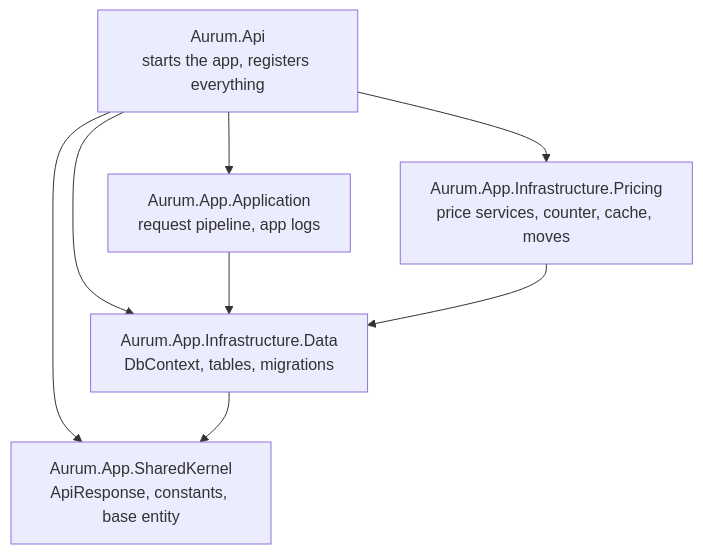
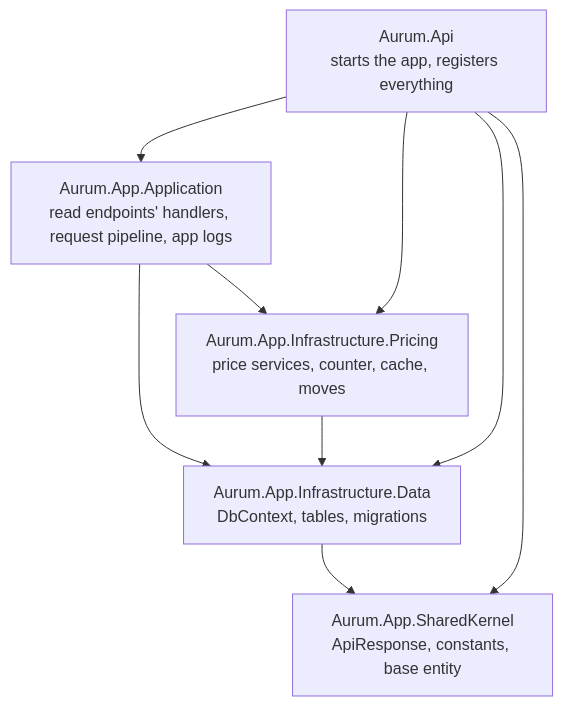
Before and after one commit to avolel/aurum: the second of 4 diagrams in docs/code-overview.md, drawn with Mermaid. The commit also changed other lines of this file and 9 other files, not shown here.

````diff
--- a/docs/code-overview.md
+++ b/docs/code-overview.md
@@ -123,16 +123,17 @@
 ```mermaid
 flowchart TD
     Api[Aurum.Api<br/>starts the app, registers everything]
-    App[Aurum.App.Application<br/>request pipeline, app logs]
+    App[Aurum.App.Application<br/>read endpoints' handlers, request pipeline, app logs]
     Pricing[Aurum.App.Infrastructure.Pricing<br/>price services, counter, cache, moves]
     Data[Aurum.App.Infrastructure.Data<br/>DbContext, tables, migrations]
     Kernel[Aurum.App.SharedKernel<br/>ApiResponse, constants, base entity]
 
     Api --> App
     Api --> Pricing
     Api --> Data
     Api --> Kernel
     App --> Data
+    App --> Pricing
     Pricing --> Data
     Data --> Kernel
 ```
````
